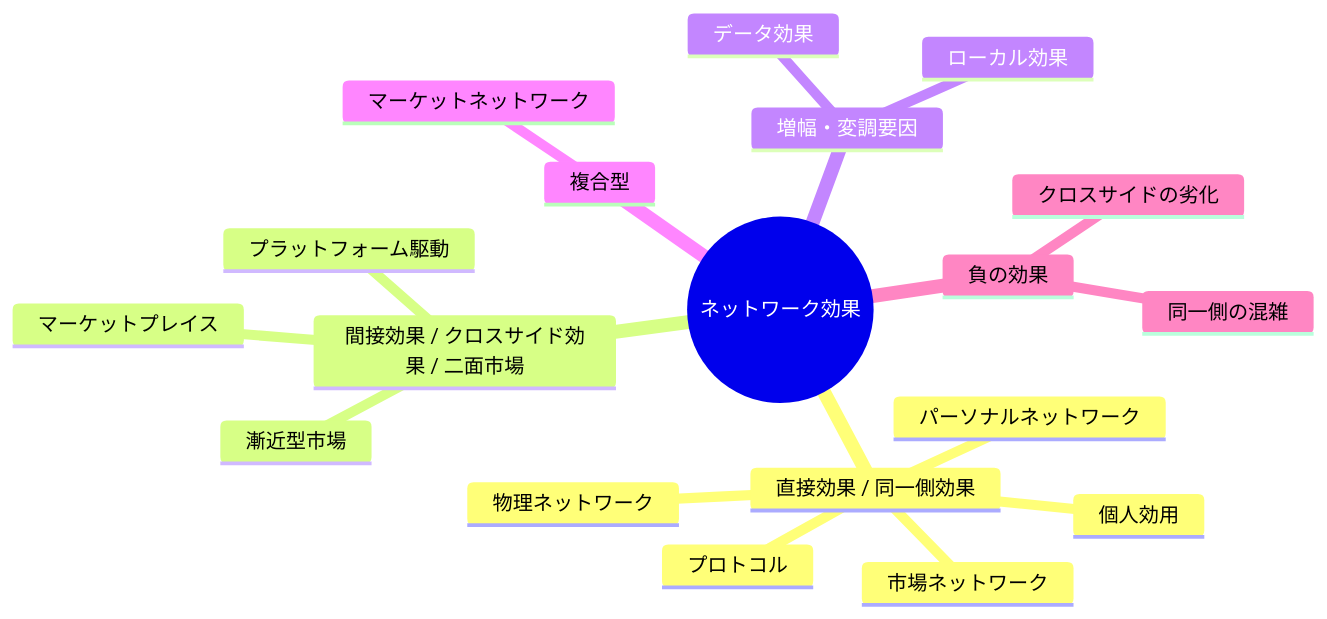
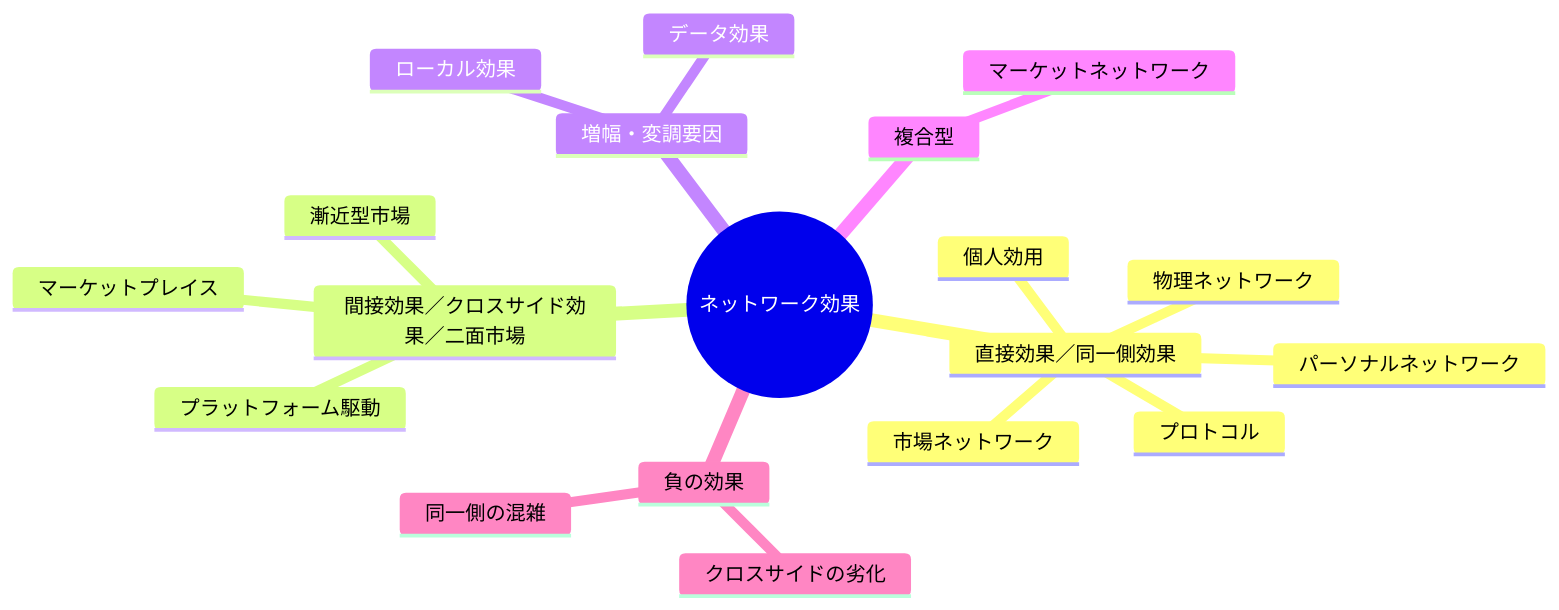
Before and after one commit to wardley-leadership-strategies-ja/wardley-leadership-strategies-ja.github.io: the diagram in docs/strategies/accelerators/exploiting-network-effects/index.md, drawn with Mermaid. The commit also changed other lines of this file and 10 other files, not shown here.

````diff
--- a/docs/strategies/accelerators/exploiting-network-effects/index.md
+++ b/docs/strategies/accelerators/exploiting-network-effects/index.md
@@ -86,22 +86,22 @@
 ```mermaid
 mindmap
  root((ネットワーク効果))
-  直接効果 / 同一側効果
+  直接効果／同一側効果
    物理ネットワーク
    プロトコル
    個人効用
    パーソナルネットワーク
    市場ネットワーク
-  間接効果 / クロスサイド効果 / 二面市場
+  間接効果／クロスサイド効果／二面市場
    マーケットプレイス
    プラットフォーム駆動
    漸近型市場
   増幅・変調要因
    ローカル効果
    データ効果
   複合型
    マーケットネットワーク
   負の効果
    同一側の混雑
    クロスサイドの劣化
 ```
````
